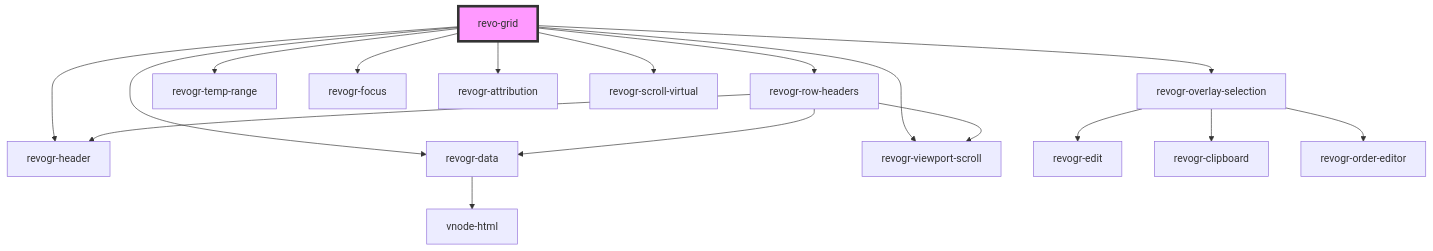
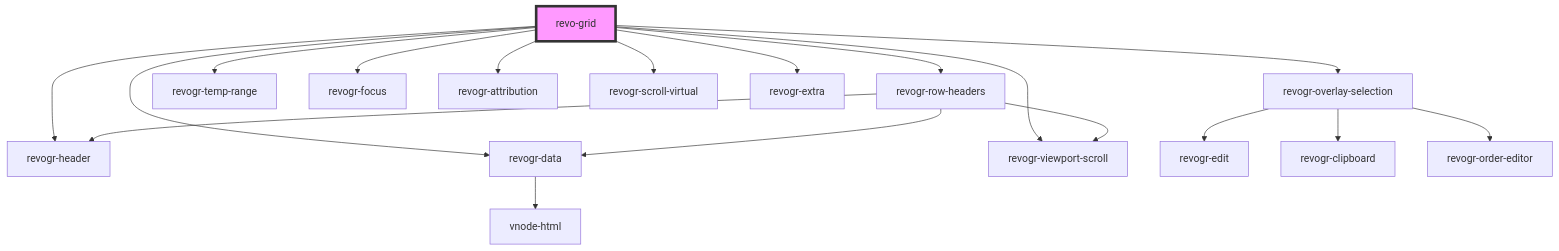
Before and after one commit to revolist/revogrid-docs: the diagram in guide/api/revoGrid.md, drawn with Mermaid. The commit also changed other lines of this file and 229 other files, not shown here.

````diff
--- a/guide/api/revoGrid.md
+++ b/guide/api/revoGrid.md
@@ -456,20 +458,21 @@
 ```mermaid
 graph TD;
   revo-grid --> revogr-row-headers
   revo-grid --> revogr-header
   revo-grid --> revogr-overlay-selection
   revo-grid --> revogr-data
   revo-grid --> revogr-temp-range
   revo-grid --> revogr-focus
   revo-grid --> revogr-viewport-scroll
   revo-grid --> revogr-attribution
   revo-grid --> revogr-scroll-virtual
+  revo-grid --> revogr-extra
   revogr-row-headers --> revogr-data
   revogr-row-headers --> revogr-viewport-scroll
   revogr-row-headers --> revogr-header
   revogr-data --> vnode-html
   revogr-overlay-selection --> revogr-edit
   revogr-overlay-selection --> revogr-clipboard
   revogr-overlay-selection --> revogr-order-editor
   style revo-grid fill:#f9f,stroke:#333,stroke-width:4px
 ```
````
